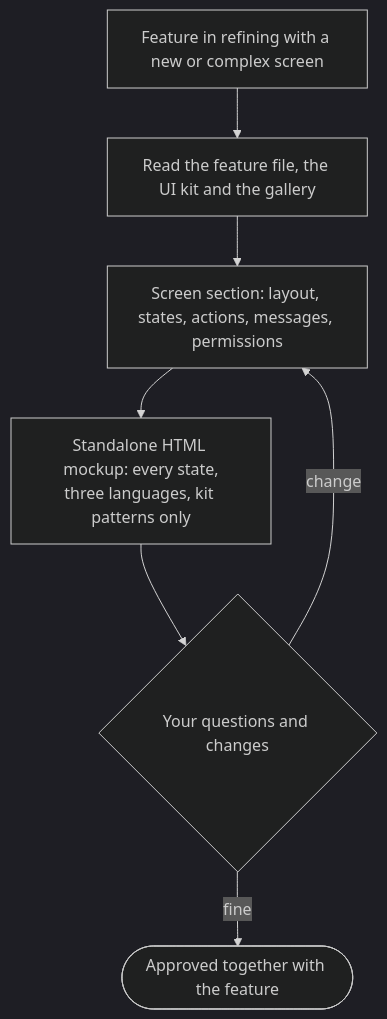
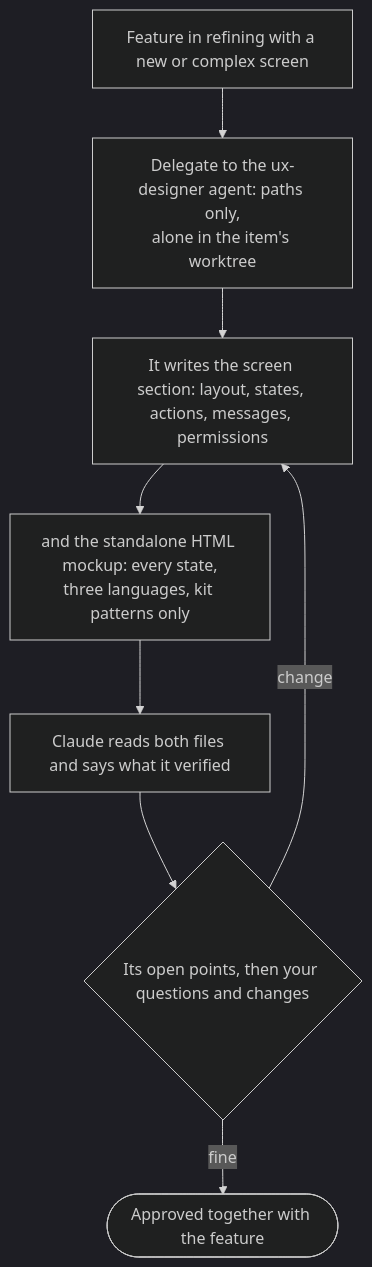
Before and after one commit to alexcanario/simulab: the eighth of 18 diagrams in docs/agile/workflow.md, drawn with Mermaid (dark theme). The commit also changed other lines of this file and 7 other files, not shown here.

````diff
--- a/docs/agile/workflow.md
+++ b/docs/agile/workflow.md
@@ -1224,9 +1254,10 @@
 ```mermaid
 flowchart TD
-    A["Feature in refining with a new or complex screen"] --> B["Read the feature file, the UI kit and the gallery"]
-    B --> C["Screen section: layout, states, actions, messages, permissions"]
-    C --> D["Standalone HTML mockup: every state,<br/>three languages, kit patterns only"]
-    D --> E{"Your questions and changes"}
+    A["Feature in refining with a new or complex screen"] --> B["Delegate to the ux-designer agent: paths only,<br/>alone in the item's worktree"]
+    B --> C["It writes the screen section: layout, states, actions, messages, permissions"]
+    C --> D["and the standalone HTML mockup: every state,<br/>three languages, kit patterns only"]
+    D --> D1["Claude reads both files and says what it verified"]
+    D1 --> E{"Its open points, then your questions and changes"}
     E -->|change| C
     E -->|fine| F(["Approved together with the feature"])
 ```
````
